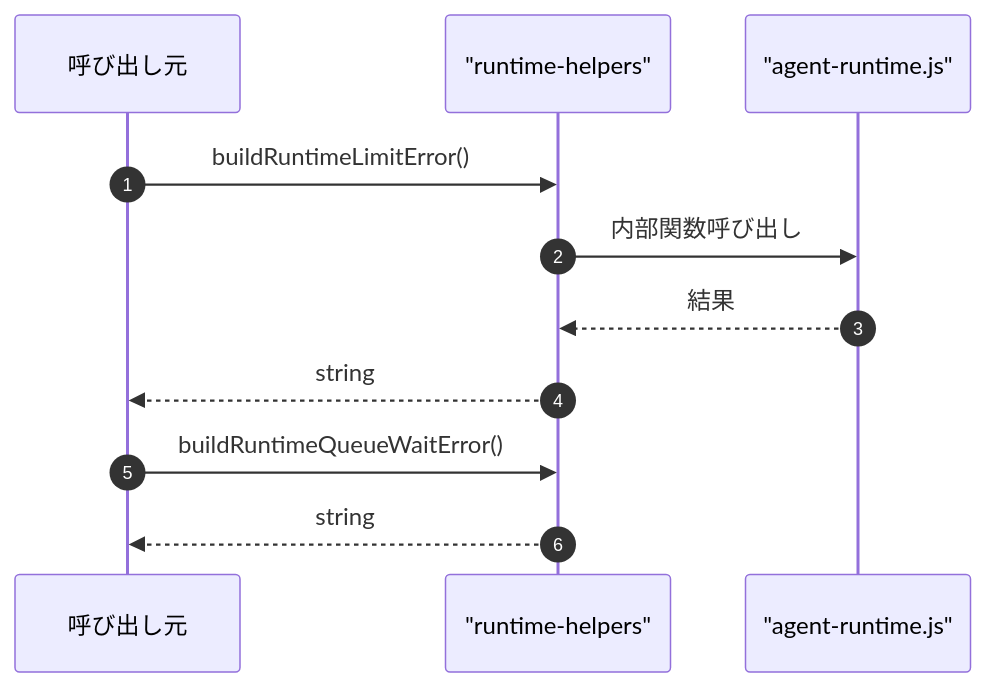
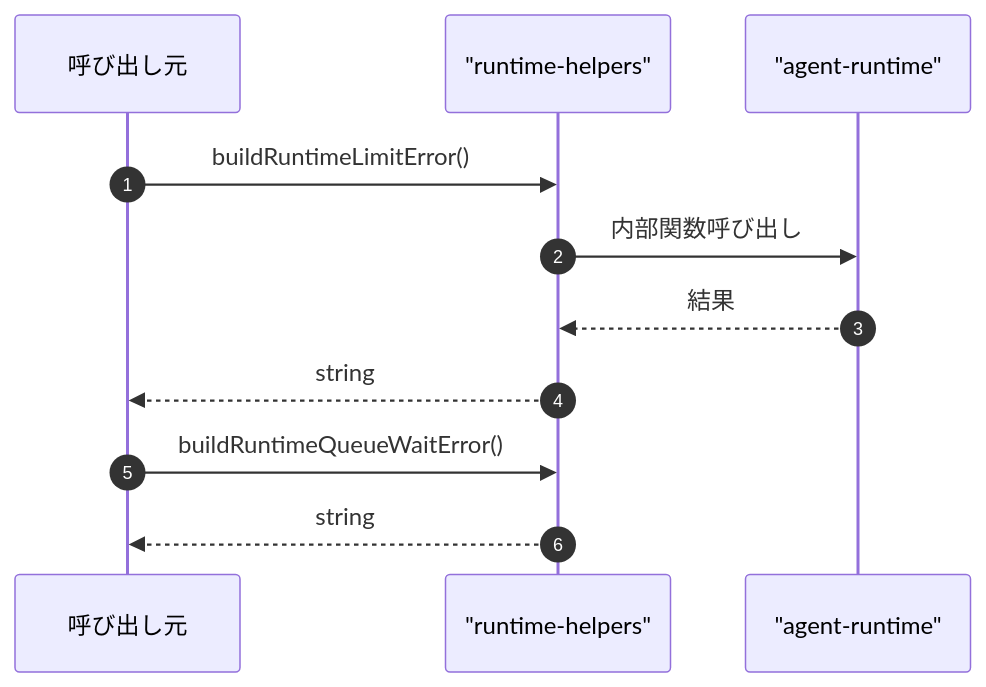
One commit to Mekann2904/mekann changed the fourth of 4 diagrams in ABDD/.pi/extensions/shared/runtime-helpers.md. Above: the diagram before and after it, drawn with Mermaid. The commit also changed other lines of this file and 174 other files, not shown here.

First line of the commit message:
fix(docs): ABDDのMermaid図生成エラーを修正する

````diff
--- a/ABDD/.pi/extensions/shared/runtime-helpers.md
+++ b/ABDD/.pi/extensions/shared/runtime-helpers.md
@@ -82,15 +82,15 @@
 ```mermaid
 sequenceDiagram
   autonumber
   participant Caller as 呼び出し元
   participant runtime_helpers as "runtime-helpers"
-  participant agent_runtime_js as "agent-runtime.js"
+  participant agent_runtime as "agent-runtime"
 
   Caller->>runtime_helpers: buildRuntimeLimitError()
-  runtime_helpers->>agent_runtime_js: 内部関数呼び出し
-  agent_runtime_js-->>runtime_helpers: 結果
+  runtime_helpers->>agent_runtime: 内部関数呼び出し
+  agent_runtime-->>runtime_helpers: 結果
   runtime_helpers-->>Caller: string
 
   Caller->>runtime_helpers: buildRuntimeQueueWaitError()
   runtime_helpers-->>Caller: string
 ```
````
